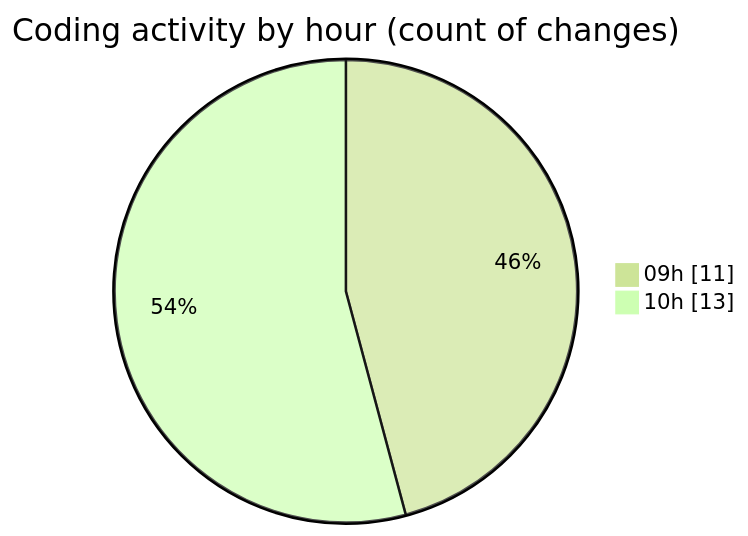
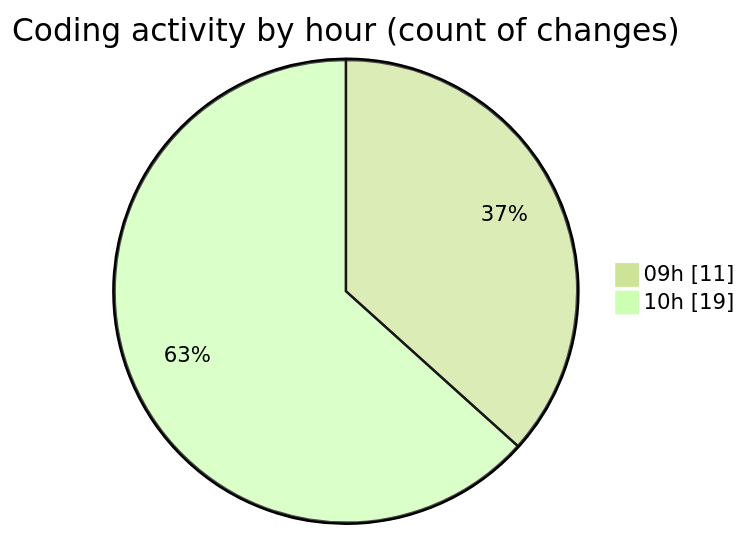
The second of 2 diagrams in 2025-05-27/ecodeli-1/README.md (CELIANVF/code-tracking), drawn with Mermaid (forest theme) before and after one commit. The commit also changed other lines of this file and 1 other file, not shown here.

````diff
--- a/2025-05-27/ecodeli-1/README.md
+++ b/2025-05-27/ecodeli-1/README.md
@@ -37,6 +38,6 @@
 ```mermaid
 pie showData
 title Coding activity by hour (count of changes)
 "09h" : 11
-"10h" : 13
+"10h" : 19
 ```
````
